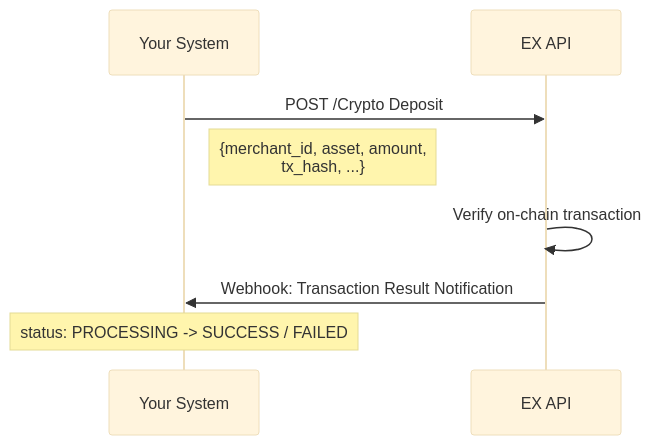
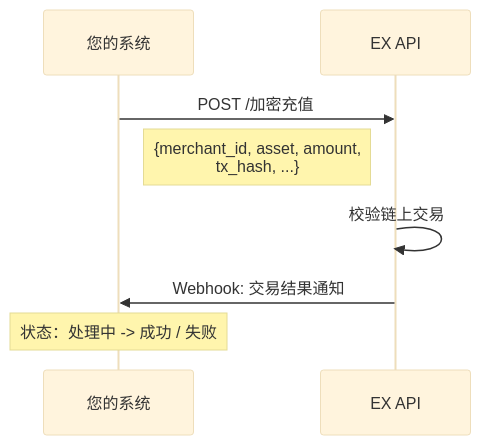
Diagram 11 of 16 in Solutions/solutions/crypto-solutions-cn.md (xiaoxiaoangie/EX-NEW), drawn with Mermaid (base theme) before and after one commit. The commit also changed other lines of this file and 36 other files, not shown here.

````diff
--- a/Solutions/solutions/crypto-solutions-cn.md
+++ b/Solutions/solutions/crypto-solutions-cn.md
@@ -407,11 +407,11 @@
 ```mermaid
 sequenceDiagram
-    participant You as Your System
+    participant You as 您的系统
     participant EX as EX API
 
-    You->>EX: POST /Crypto Deposit
+    You->>EX: POST /加密充值
     Note right of You: {merchant_id, asset, amount,<br/>tx_hash, ...}
-    EX->>EX: Verify on-chain transaction
-    EX->>You: Webhook: Transaction Result Notification
-    Note over You: status: PROCESSING -> SUCCESS / FAILED
+    EX->>EX: 校验链上交易
+    EX->>You: Webhook: 交易结果通知
+    Note over You: 状态：处理中 -> 成功 / 失败
 ```
````
